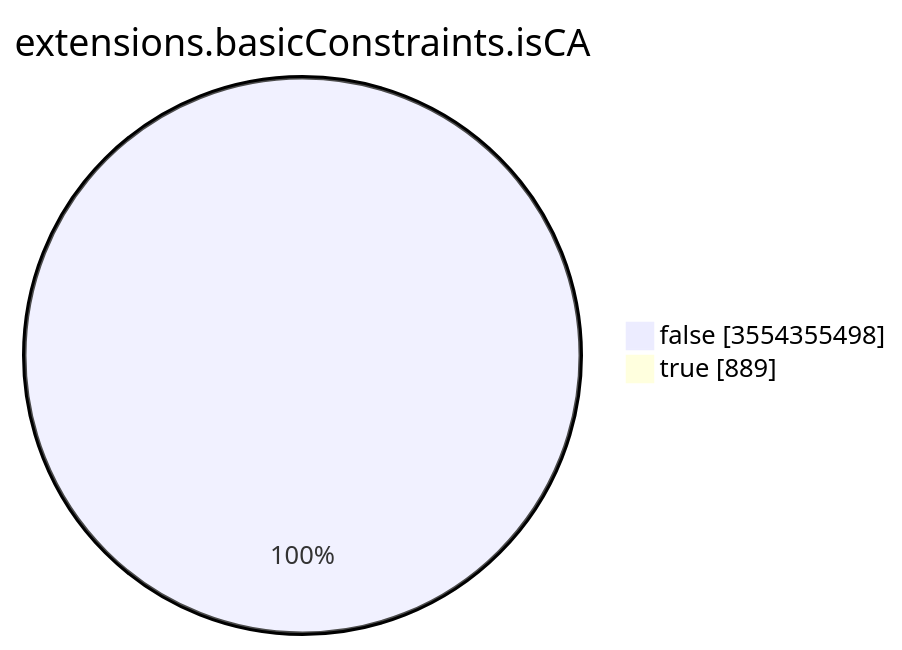
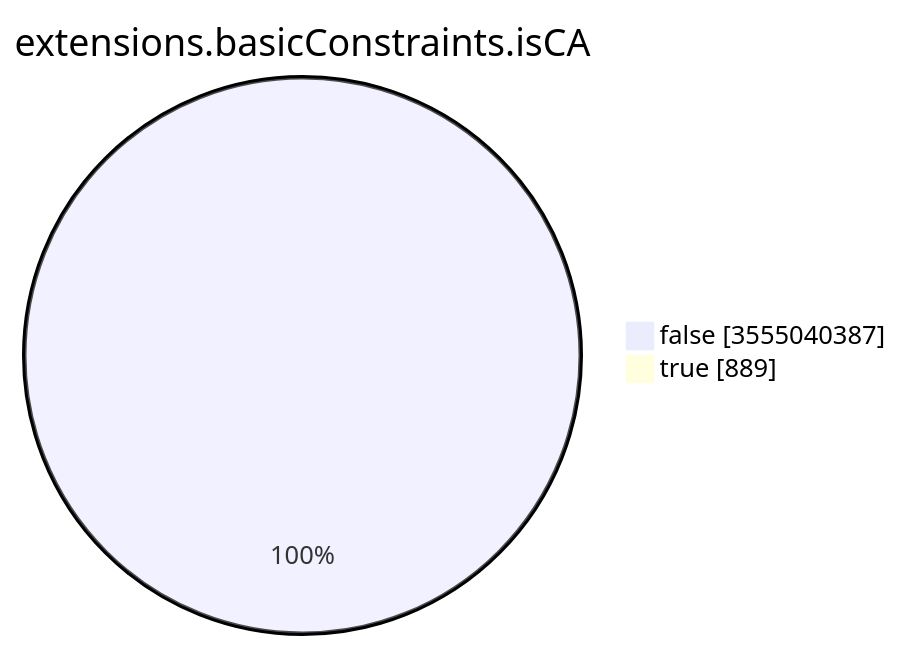
Before and after one commit to christiankrug/ctmonitor_visualization: the seventh of 15 diagrams in TOTAL/README.md, drawn with Mermaid. The commit also changed other lines of this file, not shown here.

````diff
--- a/TOTAL/README.md
+++ b/TOTAL/README.md
@@ -3094,6 +3094,6 @@
 ```mermaid
 pie showData
 title extensions.basicConstraints.isCA
-"false" :3554355498
+"false" :3555040387
 "true" :889
 ```
````
